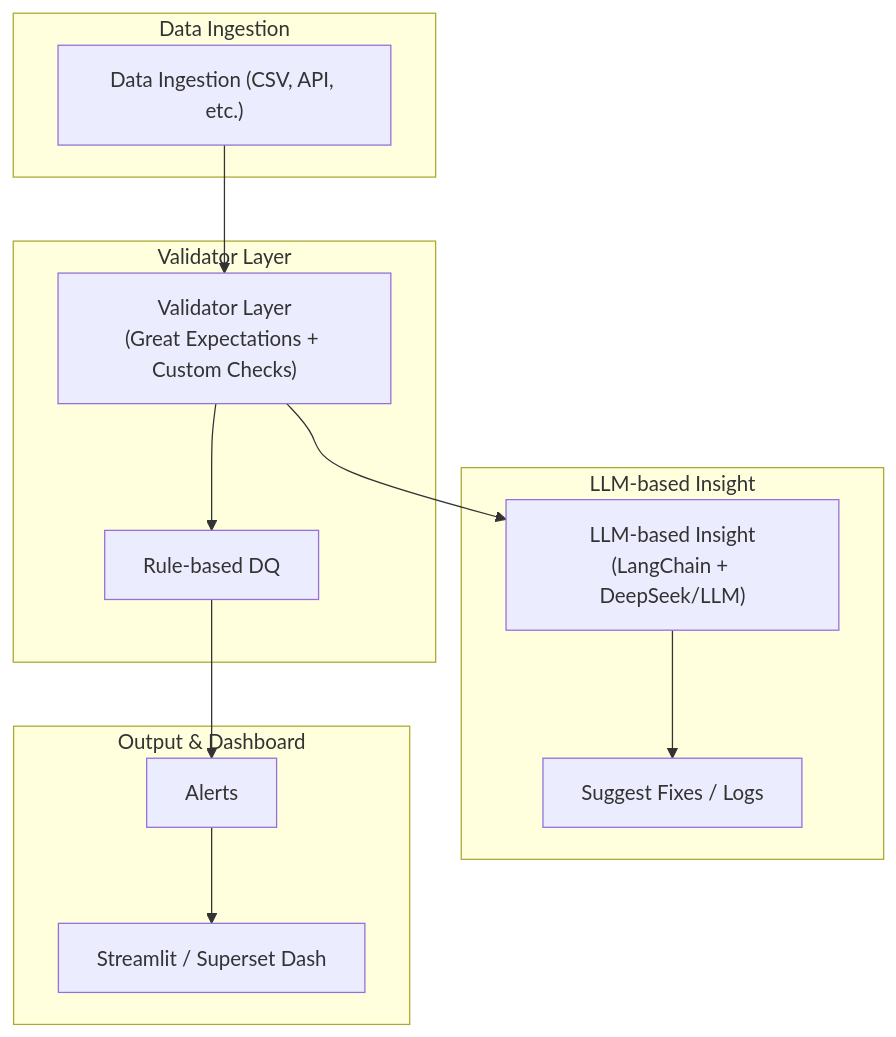
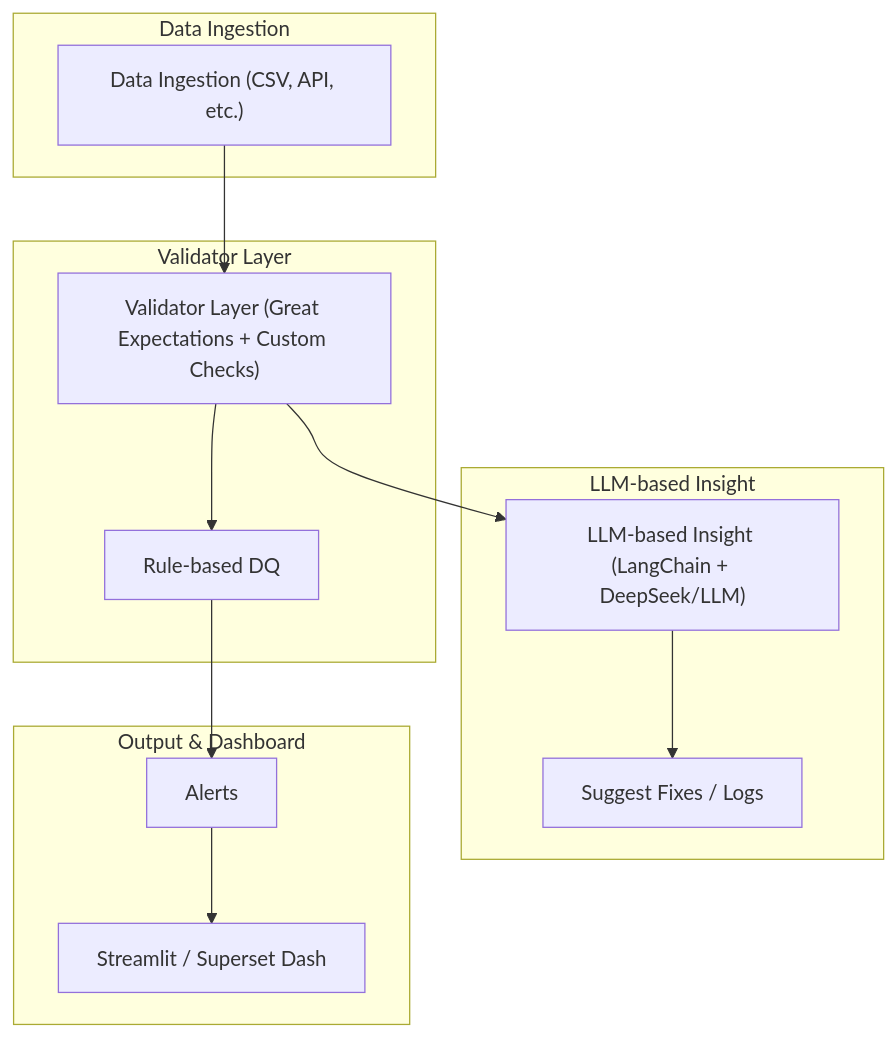
The diagram in README.md (thuyvinhdinh175/AI-powered-data-quality-monitor), drawn with Mermaid before and after one commit.

Commit message:
Add the mermaid diagram

````diff
--- a/README.md
+++ b/README.md
@@ -7,31 +7,31 @@
 ```mermaid
 flowchart TB
     %% Subgraph: Data Ingestion
     subgraph Ingestion["Data Ingestion"]
         DataIngestion["Data Ingestion (CSV, API, etc.)"]
     end
 
     %% Subgraph: Validator Layer
     subgraph Validation["Validator Layer"]
-        ValidatorLayer["Validator Layer\n(Great Expectations + Custom Checks)"]
+        ValidatorLayer["Validator Layer (Great Expectations + Custom Checks)"]
         RuleDQ["Rule-based DQ"]
         ValidatorLayer --> RuleDQ
     end
     DataIngestion --> ValidatorLayer
 
     %% Subgraph: LLM Insight
     subgraph LLM["LLM-based Insight"]
-        LLMInsight["LLM-based Insight\n(LangChain + DeepSeek/LLM)"]
+        LLMInsight["LLM-based Insight (LangChain + DeepSeek/LLM)"]
         SuggestFixes["Suggest Fixes / Logs"]
         LLMInsight --> SuggestFixes
     end
     ValidatorLayer --> LLMInsight
 
     %% Subgraph: Output / Dashboard
     subgraph Output["Output & Dashboard"]
         Alerts["Alerts"]
         Dashboard["Streamlit / Superset Dash"]
         RuleDQ --> Alerts
         Alerts --> Dashboard
     end
 ```
````
